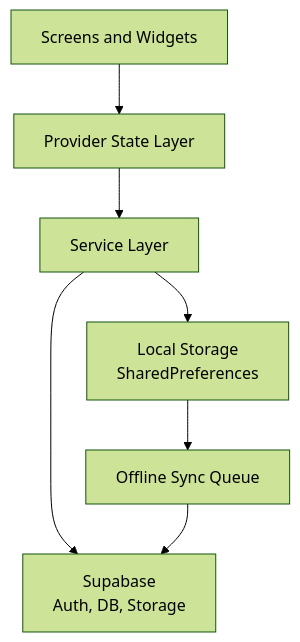
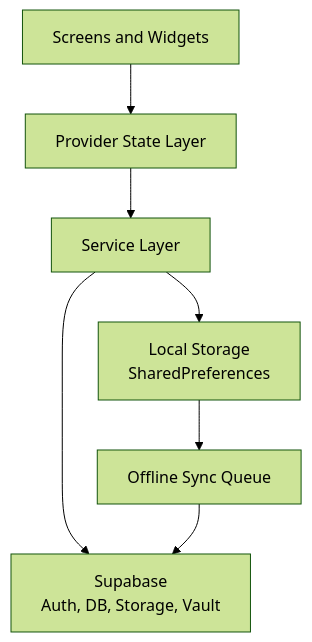
Before and after one commit to kilewin021105/crimireview: the diagram in README.md, drawn with Mermaid (forest theme). The commit also changed other lines of this file and 42 other files, not shown here.

````diff
--- a/README.md
+++ b/README.md
@@ -35,9 +38,9 @@
 ```mermaid
 flowchart TD
 	UI[Screens and Widgets] --> STATE[Provider State Layer]
 	STATE --> SERVICES[Service Layer]
 	SERVICES --> LOCAL[Local Storage\nSharedPreferences]
-	SERVICES --> CLOUD[Supabase\nAuth, DB, Storage]
+	SERVICES --> CLOUD[Supabase\nAuth, DB, Storage, Vault]
 	LOCAL --> SYNC[Offline Sync Queue]
 	SYNC --> CLOUD
 ```
````
